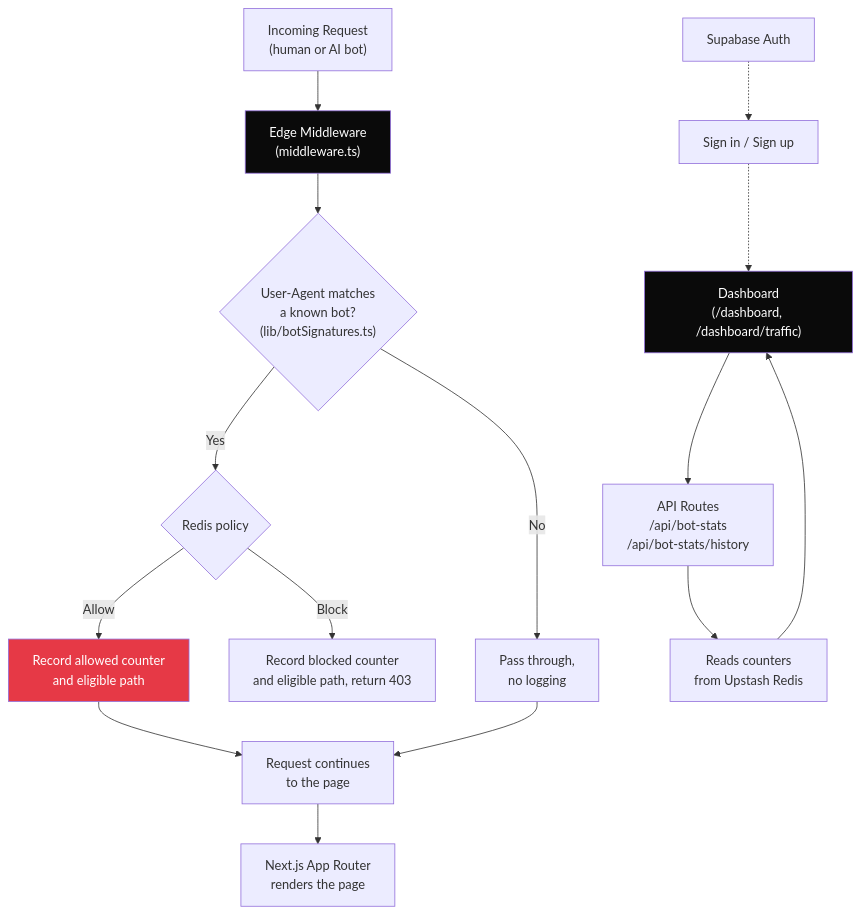
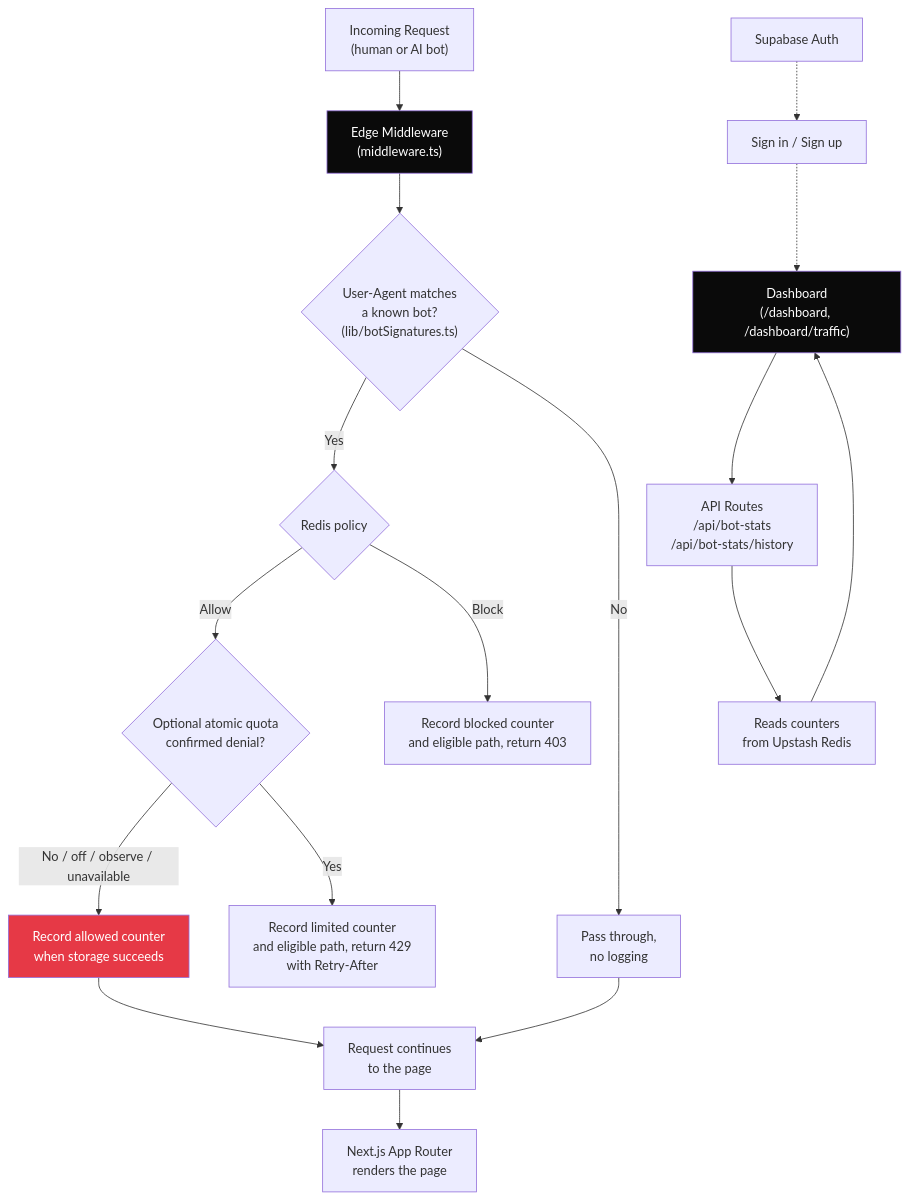
The diagram in README.md (pjha26/promptwatch), drawn with Mermaid before and after one commit. The commit also changed other lines of this file and 2 other files, not shown here.

Commit message:
docs: explain quota responses and record rollout verification

````diff
--- a/README.md
+++ b/README.md
@@ -92,23 +93,25 @@
 ```mermaid
 flowchart TD
     A["Incoming Request<br/>(human or AI bot)"] --> B["Edge Middleware<br/>(middleware.ts)"]
     B --> C{"User-Agent matches<br/>a known bot?<br/>(lib/botSignatures.ts)"}
     C -- "Yes" --> P{"Redis policy"}
-    P -- "Allow" --> D["Record allowed counter<br/>and eligible path"]
+    P -- "Allow" --> Q{"Optional atomic quota<br/>confirmed denial?"}
+    Q -- "No / off / observe / unavailable" --> D["Record allowed counter<br/>when storage succeeds"]
+    Q -- "Yes" --> R["Record limited counter<br/>and eligible path, return 429<br/>with Retry-After"]
     P -- "Block" --> X["Record blocked counter<br/>and eligible path, return 403"]
     C -- "No" --> E["Pass through,<br/>no logging"]
     D --> F["Request continues<br/>to the page"]
     E --> F
     F --> G["Next.js App Router<br/>renders the page"]
 
     H["Dashboard<br/>(/dashboard, /dashboard/traffic)"] --> I["API Routes<br/>/api/bot-stats<br/>/api/bot-stats/history"]
     I --> J["Reads counters<br/>from Upstash Redis"]
     J --> H
 
     K["Supabase Auth"] -.-> L["Sign in / Sign up"]
     L -.-> H
 
     style D fill:#e63946,color:#fff
     style B fill:#0A0A0A,color:#fff
     style H fill:#0A0A0A,color:#fff
 ```
````
